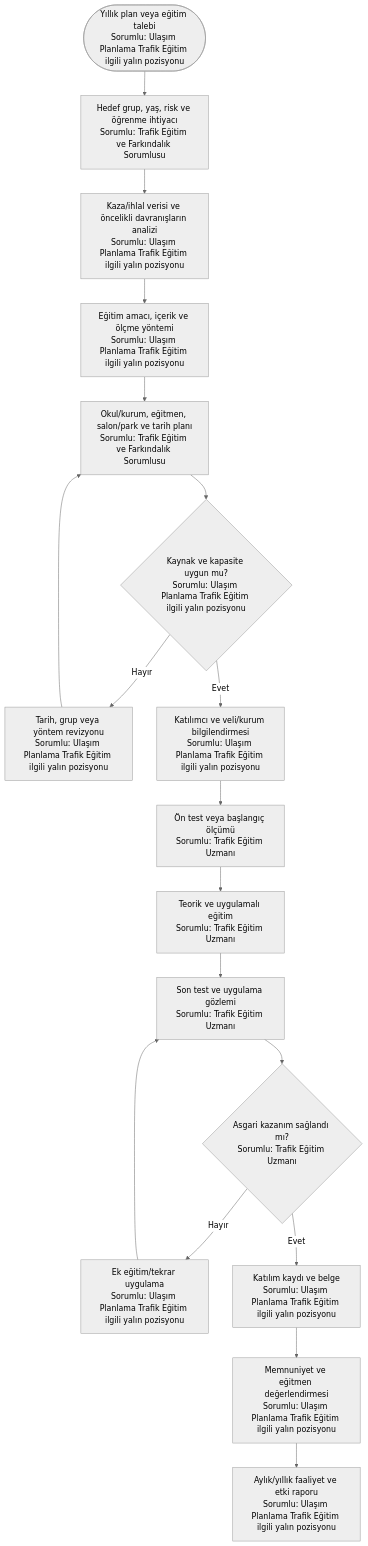
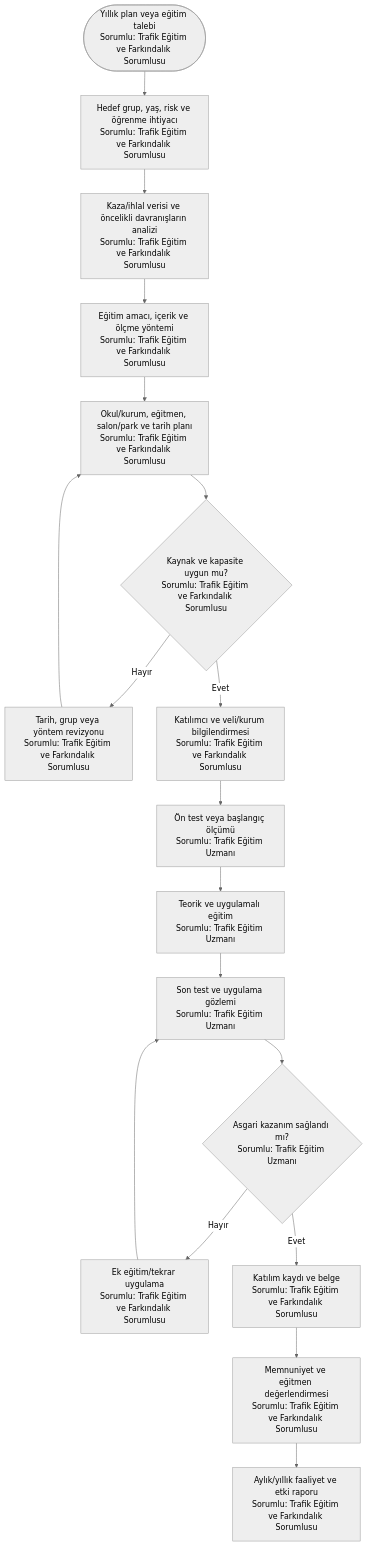
The first of 3 diagrams in 11_yalin_surec_haritalari_sorumlulari_belirtilmis/trafik_egitim/README.md (merdaergen-create/Ulasim_Dairesi_Is_Analizi), drawn with Mermaid (neutral theme) before and after one commit. The commit also changed other lines of this file and 9 other files, not shown here.

Commit message:
Yalın süreç haritalarını koruyarak kesin sorumlu pozisyonları ekle

````diff
--- a/11_yalin_surec_haritalari_sorumlulari_belirtilmis/trafik_egitim/README.md
+++ b/11_yalin_surec_haritalari_sorumlulari_belirtilmis/trafik_egitim/README.md
@@ -13,20 +13,20 @@
 ```mermaid
 flowchart TD
-    A([Yıllık plan veya eğitim talebi<br/>Sorumlu: Ulaşım Planlama Trafik Eğitim ilgili yalın pozisyonu]) --> B[Hedef grup, yaş, risk ve öğrenme ihtiyacı<br/>Sorumlu: Trafik Eğitim ve Farkındalık Sorumlusu]
-    B --> C[Kaza/ihlal verisi ve öncelikli davranışların analizi<br/>Sorumlu: Ulaşım Planlama Trafik Eğitim ilgili yalın pozisyonu]
-    C --> D[Eğitim amacı, içerik ve ölçme yöntemi<br/>Sorumlu: Ulaşım Planlama Trafik Eğitim ilgili yalın pozisyonu]
+    A([Yıllık plan veya eğitim talebi<br/>Sorumlu: Trafik Eğitim ve Farkındalık Sorumlusu]) --> B[Hedef grup, yaş, risk ve öğrenme ihtiyacı<br/>Sorumlu: Trafik Eğitim ve Farkındalık Sorumlusu]
+    B --> C[Kaza/ihlal verisi ve öncelikli davranışların analizi<br/>Sorumlu: Trafik Eğitim ve Farkındalık Sorumlusu]
+    C --> D[Eğitim amacı, içerik ve ölçme yöntemi<br/>Sorumlu: Trafik Eğitim ve Farkındalık Sorumlusu]
     D --> E[Okul/kurum, eğitmen, salon/park ve tarih planı<br/>Sorumlu: Trafik Eğitim ve Farkındalık Sorumlusu]
-    E --> F{Kaynak ve kapasite uygun mu?<br/>Sorumlu: Ulaşım Planlama Trafik Eğitim ilgili yalın pozisyonu}
-    F -- Hayır --> G[Tarih, grup veya yöntem revizyonu<br/>Sorumlu: Ulaşım Planlama Trafik Eğitim ilgili yalın pozisyonu]
+    E --> F{Kaynak ve kapasite uygun mu?<br/>Sorumlu: Trafik Eğitim ve Farkındalık Sorumlusu}
+    F -- Hayır --> G[Tarih, grup veya yöntem revizyonu<br/>Sorumlu: Trafik Eğitim ve Farkındalık Sorumlusu]
     G --> E
-    F -- Evet --> H[Katılımcı ve veli/kurum bilgilendirmesi<br/>Sorumlu: Ulaşım Planlama Trafik Eğitim ilgili yalın pozisyonu]
+    F -- Evet --> H[Katılımcı ve veli/kurum bilgilendirmesi<br/>Sorumlu: Trafik Eğitim ve Farkındalık Sorumlusu]
     H --> I[Ön test veya başlangıç ölçümü<br/>Sorumlu: Trafik Eğitim Uzmanı]
     I --> J[Teorik ve uygulamalı eğitim<br/>Sorumlu: Trafik Eğitim Uzmanı]
     J --> K[Son test ve uygulama gözlemi<br/>Sorumlu: Trafik Eğitim Uzmanı]
     K --> L{Asgari kazanım sağlandı mı?<br/>Sorumlu: Trafik Eğitim Uzmanı}
-    L -- Hayır --> M[Ek eğitim/tekrar uygulama<br/>Sorumlu: Ulaşım Planlama Trafik Eğitim ilgili yalın pozisyonu]
+    L -- Hayır --> M[Ek eğitim/tekrar uygulama<br/>Sorumlu: Trafik Eğitim ve Farkındalık Sorumlusu]
     M --> K
-    L -- Evet --> N[Katılım kaydı ve belge<br/>Sorumlu: Ulaşım Planlama Trafik Eğitim ilgili yalın pozisyonu]
-    N --> O[Memnuniyet ve eğitmen değerlendirmesi<br/>Sorumlu: Ulaşım Planlama Trafik Eğitim ilgili yalın pozisyonu]
-    O --> P[Aylık/yıllık faaliyet ve etki raporu<br/>Sorumlu: Ulaşım Planlama Trafik Eğitim ilgili yalın pozisyonu]
+    L -- Evet --> N[Katılım kaydı ve belge<br/>Sorumlu: Trafik Eğitim ve Farkındalık Sorumlusu]
+    N --> O[Memnuniyet ve eğitmen değerlendirmesi<br/>Sorumlu: Trafik Eğitim ve Farkındalık Sorumlusu]
+    O --> P[Aylık/yıllık faaliyet ve etki raporu<br/>Sorumlu: Trafik Eğitim ve Farkındalık Sorumlusu]
 ```
````
